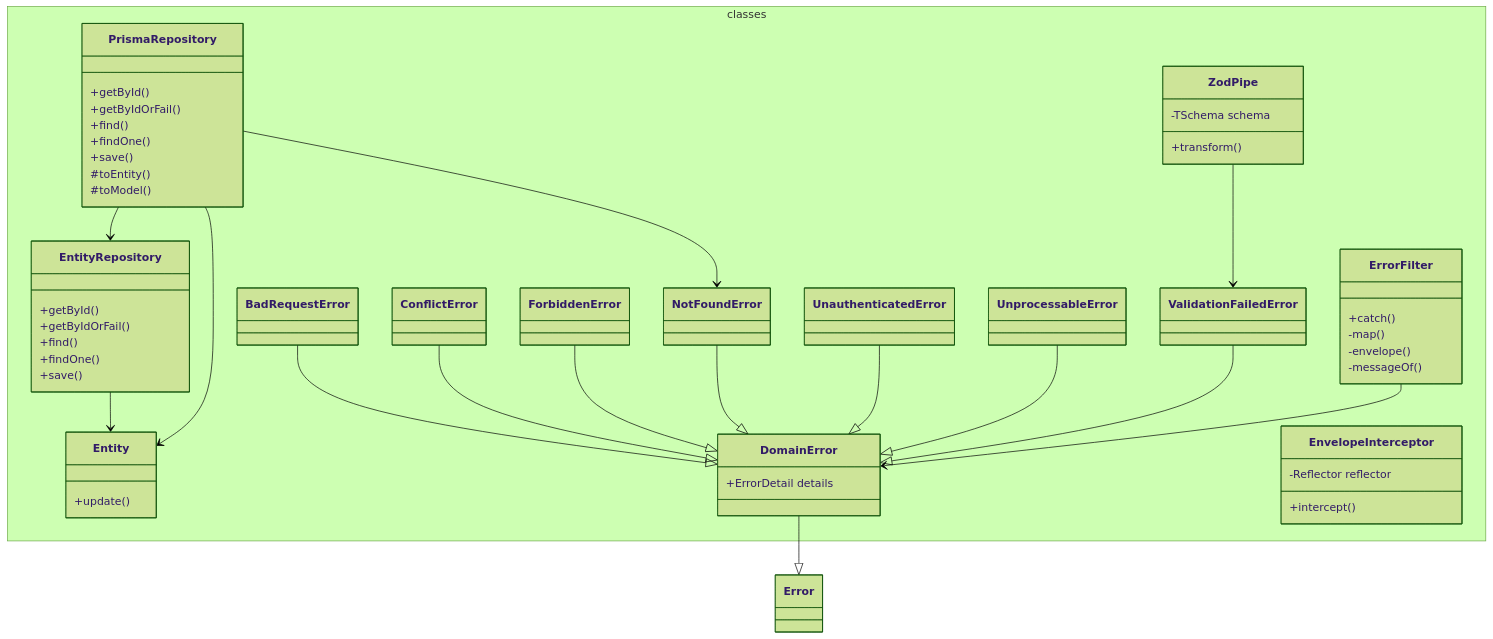
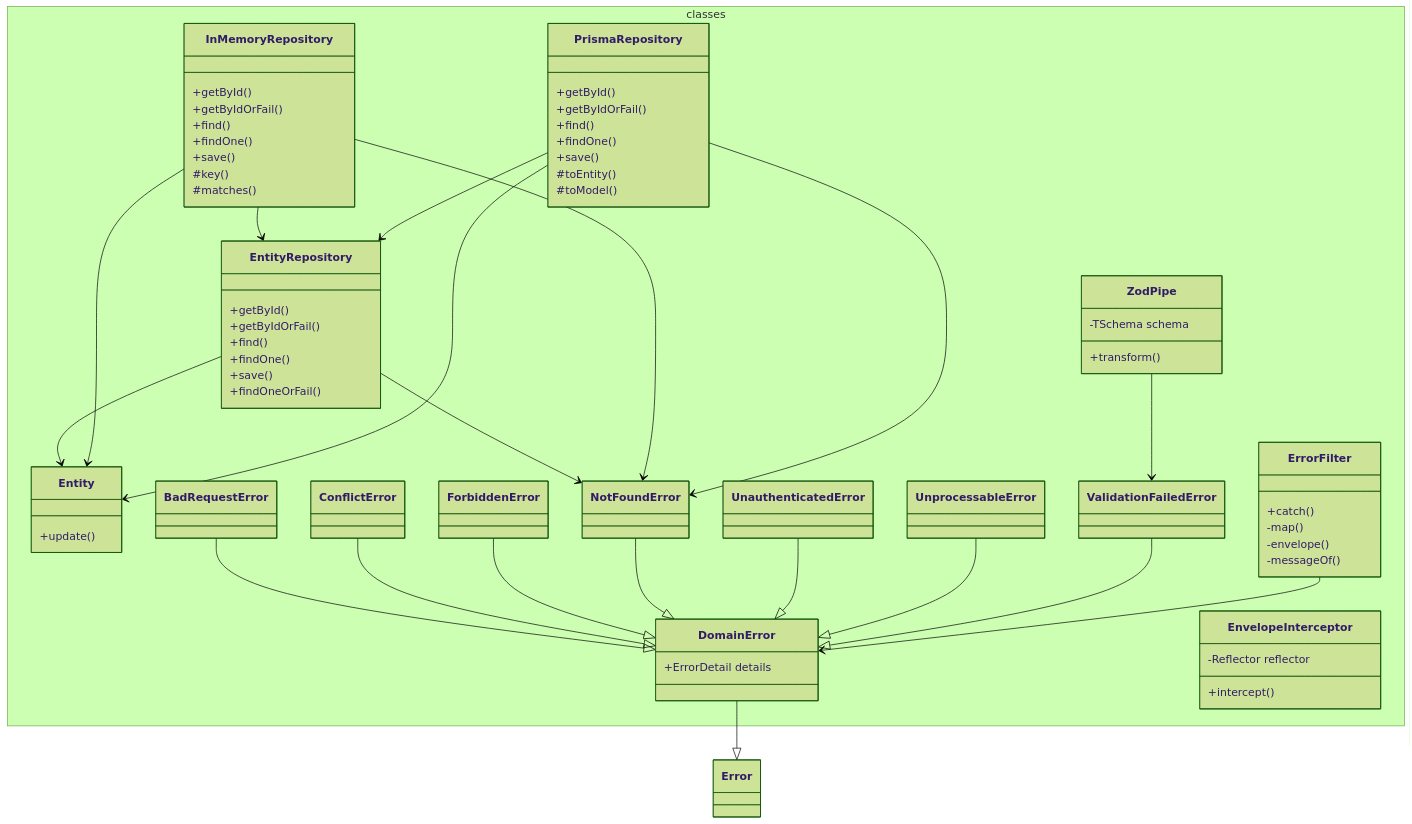
One commit to pslotinsky/decay-of-magic changed the diagram in packages/core/README.md. Above: the diagram before and after it, drawn with Mermaid (forest theme). The commit also changed other lines of this file and 61 other files, not shown here.

````diff
--- a/packages/core/README.md
+++ b/packages/core/README.md
@@ -8,63 +8,77 @@
 ```mermaid
 classDiagram
   namespace classes {
     class Entity {
       +update()
     }
     class BadRequestError
     class ConflictError
     class DomainError {
       +ErrorDetail details
     }
     class ForbiddenError
     class NotFoundError
     class UnauthenticatedError
     class UnprocessableError
     class ValidationFailedError
     class EnvelopeInterceptor {
       -Reflector reflector
       +intercept()
     }
     class ErrorFilter {
       +catch()
       -map()
       -envelope()
       -messageOf()
     }
     class ZodPipe {
       -TSchema schema
       +transform()
     }
     class EntityRepository {
       +getById()
       +getByIdOrFail()
       +find()
       +findOne()
       +save()
+      +findOneOrFail()
+    }
+    class InMemoryRepository {
+      +getById()
+      +getByIdOrFail()
+      +find()
+      +findOne()
+      +save()
+      #key()
+      #matches()
     }
     class PrismaRepository {
       +getById()
       +getByIdOrFail()
       +find()
       +findOne()
       +save()
       #toEntity()
       #toModel()
     }
   }
 
   BadRequestError --|> DomainError
   ConflictError --|> DomainError
   DomainError --|> Error
   ForbiddenError --|> DomainError
   NotFoundError --|> DomainError
   UnauthenticatedError --|> DomainError
   UnprocessableError --|> DomainError
   ValidationFailedError --|> DomainError
   ErrorFilter --> DomainError
   ZodPipe --> ValidationFailedError
   EntityRepository --> Entity
+  EntityRepository --> NotFoundError
+  InMemoryRepository --> Entity
+  InMemoryRepository --> NotFoundError
+  InMemoryRepository --> EntityRepository
   PrismaRepository --> Entity
   PrismaRepository --> NotFoundError
   PrismaRepository --> EntityRepository
 ```
````
